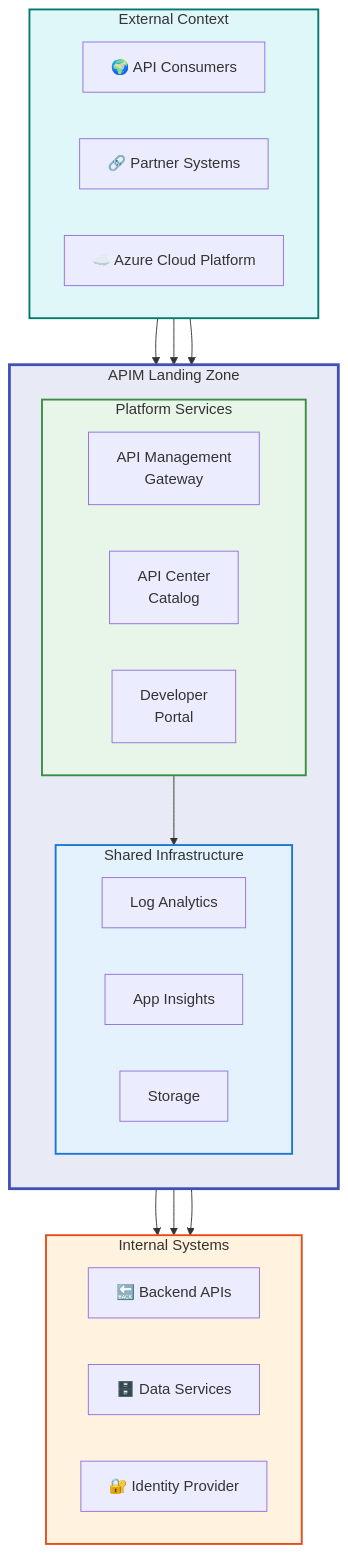
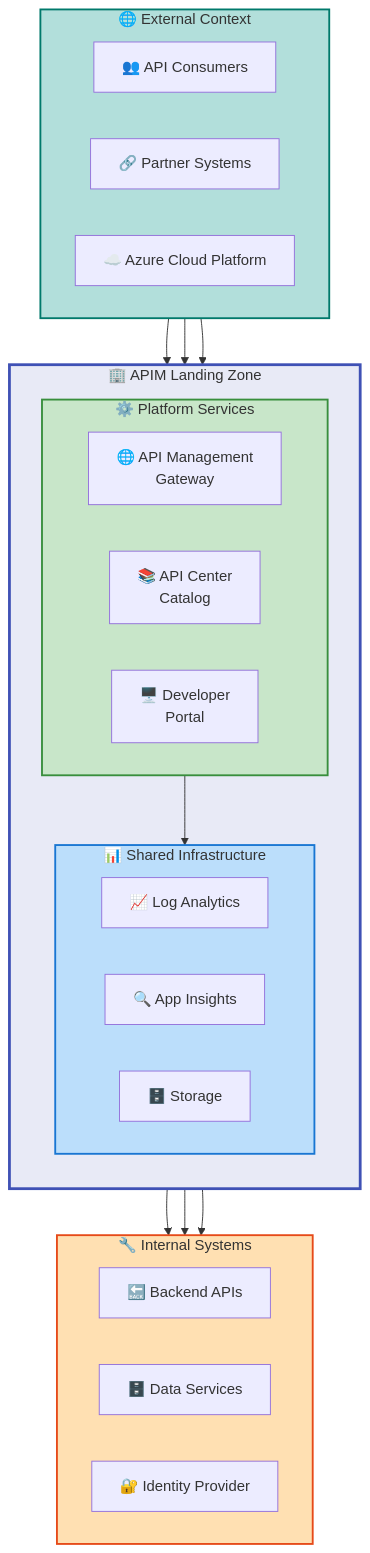
One commit to Evilazaro/APIM-Accelerator changed the fourth of 10 diagrams in docs/architecture/Business_Architecture_Document.md. Above: the diagram before and after it, drawn with Mermaid. The commit also changed other lines of this file and 1 other file, not shown here.

Commit message:
Enhance Data Architecture Document with improved flowcharts and semantic icons for better clarity and visual appeal

````diff
--- a/docs/architecture/Business_Architecture_Document.md
+++ b/docs/architecture/Business_Architecture_Document.md
@@ -179,50 +190,54 @@
 ```mermaid
 %%{init: {"flowchart": {"htmlLabels": false}} }%%
 flowchart TB
-    subgraph external["External Context"]
+    %% ============================================
+    %% COLOR SCHEME: Semantic context layers
+    %% External=#B2DFDB | Platform=#E8EAF6 | Internal=#FFE0B2
+    %% ============================================
+    subgraph external["🌐 External Context"]
         direction LR
-        EXT1["🌍 API Consumers"]
+        EXT1["👥 API Consumers"]
         EXT2["🔗 Partner Systems"]
         EXT3["☁️ Azure Cloud Platform"]
     end
 
-    subgraph apim_platform["APIM Landing Zone"]
+    subgraph apim_platform["🏢 APIM Landing Zone"]
         direction TB
 
-        subgraph services["Platform Services"]
+        subgraph services["⚙️ Platform Services"]
             direction LR
-            SVC1["API Management<br/>Gateway"]
-            SVC2["API Center<br/>Catalog"]
-            SVC3["Developer<br/>Portal"]
+            SVC1["🌐 API Management<br/>Gateway"]
+            SVC2["📚 API Center<br/>Catalog"]
+            SVC3["🖥️ Developer<br/>Portal"]
         end
 
-        subgraph infra["Shared Infrastructure"]
+        subgraph infra["📊 Shared Infrastructure"]
             direction LR
-            INF1["Log Analytics"]
-            INF2["App Insights"]
-            INF3["Storage"]
+            INF1["📈 Log Analytics"]
+            INF2["🔍 App Insights"]
+            INF3["🗄️ Storage"]
         end
 
         services --> infra
     end
 
-    subgraph internal["Internal Systems"]
+    subgraph internal["🔧 Internal Systems"]
         direction LR
         INT1["🔙 Backend APIs"]
         INT2["🗄️ Data Services"]
         INT3["🔐 Identity Provider"]
     end
 
     EXT1 --> SVC1
     EXT2 --> SVC1
     SVC1 --> INT1
     SVC1 --> INT2
     SVC3 --> INT3
     EXT3 --> apim_platform
 
-    style external fill:#E0F7FA,stroke:#00796B,stroke-width:2px
+    style external fill:#B2DFDB,stroke:#00796B,stroke-width:2px
     style apim_platform fill:#E8EAF6,stroke:#3F51B5,stroke-width:3px
-    style services fill:#E8F5E9,stroke:#388E3C,stroke-width:2px
-    style infra fill:#E3F2FD,stroke:#1976D2,stroke-width:2px
-    style internal fill:#FFF3E0,stroke:#E64A19,stroke-width:2px
+    style services fill:#C8E6C9,stroke:#388E3C,stroke-width:2px
+    style infra fill:#BBDEFB,stroke:#1976D2,stroke-width:2px
+    style internal fill:#FFE0B2,stroke:#E64A19,stroke-width:2px
 ```
````
